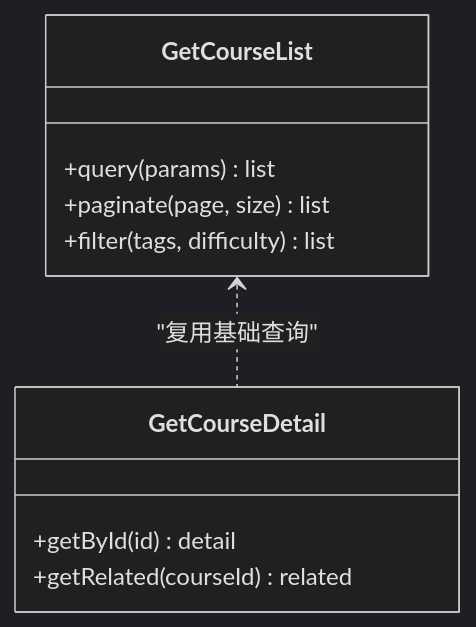
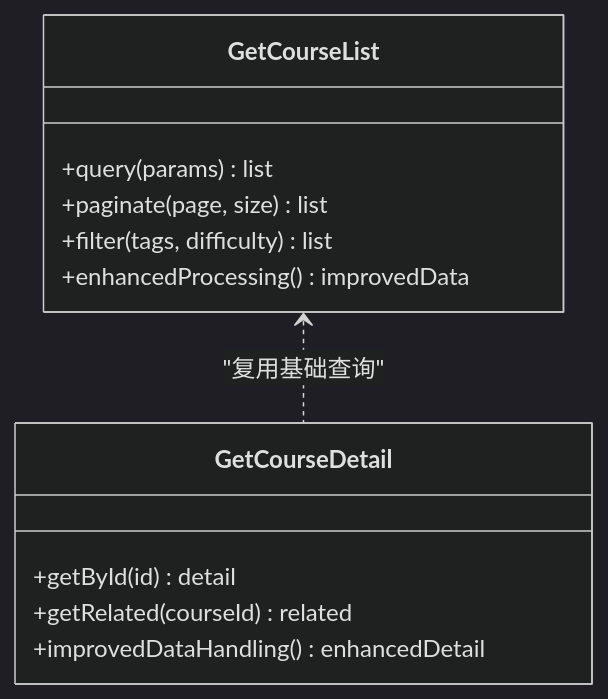
One commit to cwb7756/bio changed the fifth of 9 diagrams in .qoder/repowiki/zh/content/架构设计/后端架构设计/云函数架构设计.md. Above: the diagram before and after it, drawn with Mermaid (dark theme). The commit also changed other lines of this file and 26 other files, not shown here.

````diff
--- a/.qoder/repowiki/zh/content/架构设计/后端架构设计/云函数架构设计.md
+++ b/.qoder/repowiki/zh/content/架构设计/后端架构设计/云函数架构设计.md
@@ -233,13 +242,15 @@
 ```mermaid
 classDiagram
 class GetCourseList {
 +query(params) list
 +paginate(page, size) list
 +filter(tags, difficulty) list
++enhancedProcessing() improvedData
 }
 class GetCourseDetail {
 +getById(id) detail
 +getRelated(courseId) related
++improvedDataHandling() enhancedDetail
 }
 GetCourseList <.. GetCourseDetail : "复用基础查询"
 ```
````
